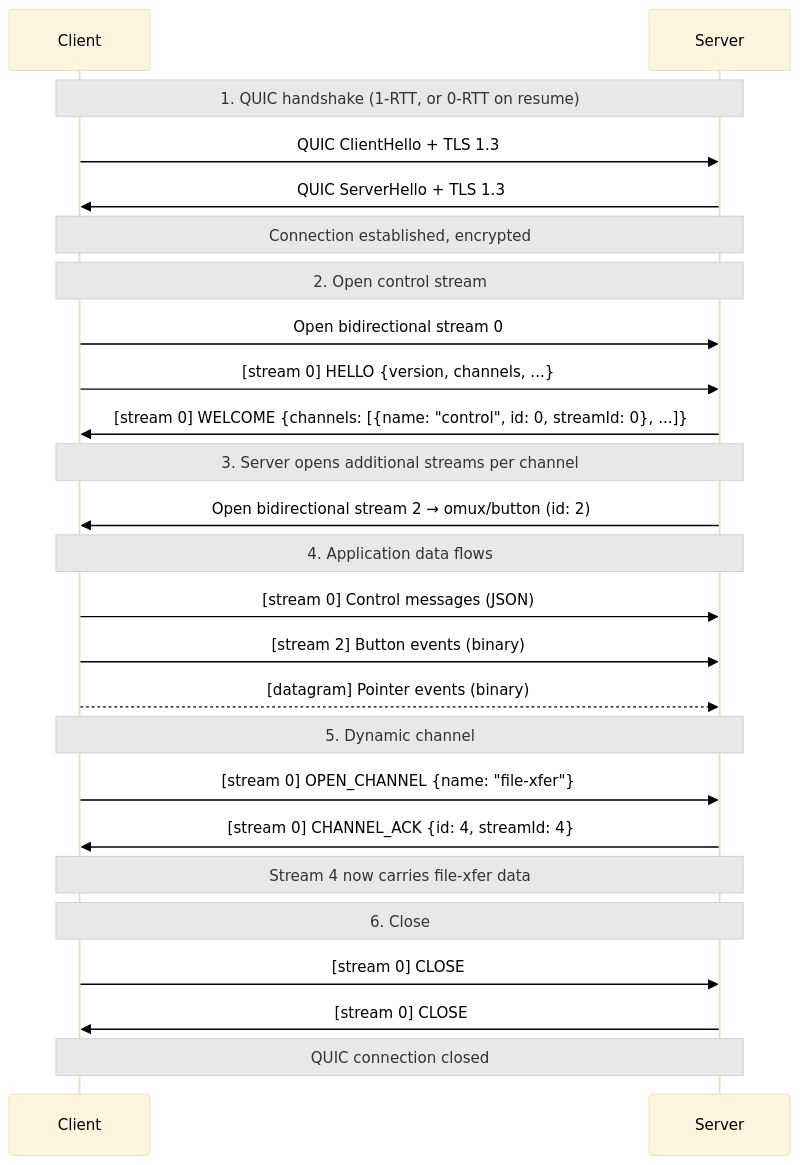
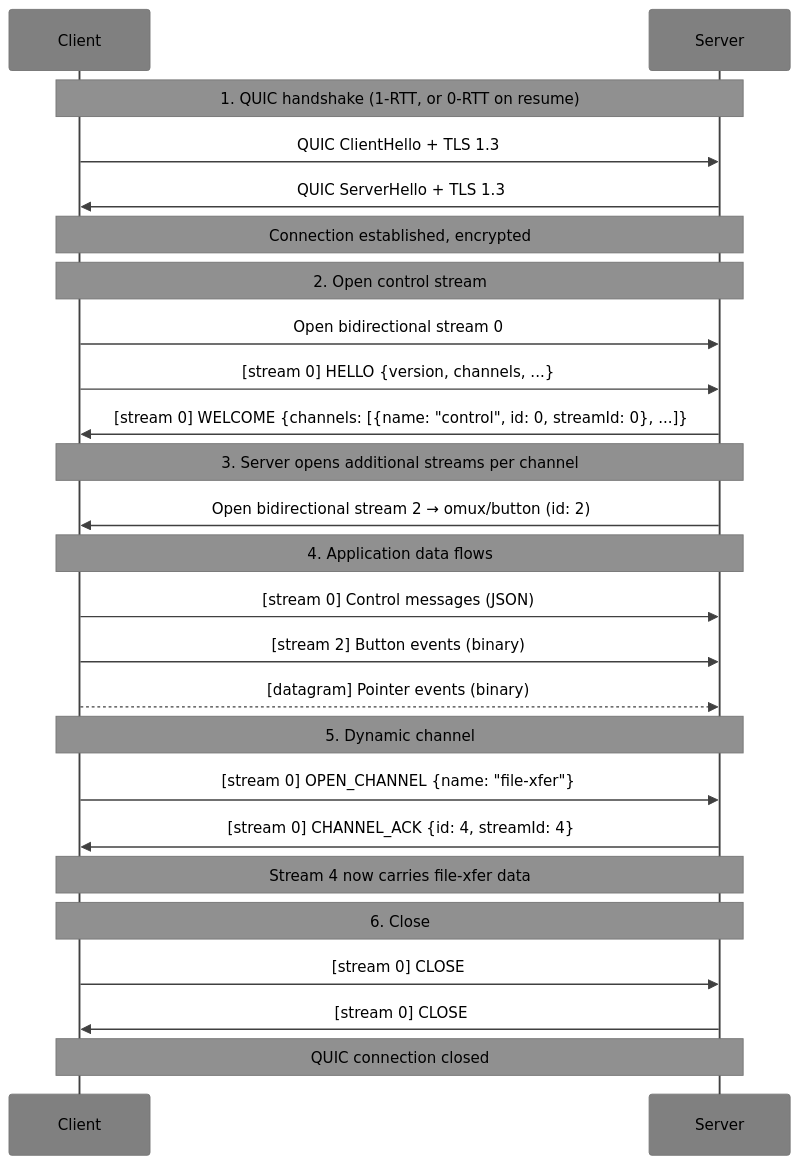
One commit to deftai/xumux changed the fifth of 11 diagrams in docs/xumux-on-quic.md. Above: the diagram before and after it, drawn with Mermaid. The commit also changed other lines of this file and 5 other files, not shown here.

Commit message:
docs: apply grayscale theme to all docs/ mermaid diagrams

````diff
--- a/docs/xumux-on-quic.md
+++ b/docs/xumux-on-quic.md
@@ -132,34 +132,34 @@
 ```mermaid
-%%{init: {'theme': 'base', 'themeVariables': {'primaryTextColor': '#000', 'lineColor': '#333', 'noteBkgColor': '#e8e8e8'}}}%%
+%%{init: {'theme': 'base', 'themeVariables': {'primaryTextColor': '#000000', 'secondaryTextColor': '#000000', 'tertiaryTextColor': '#000000', 'noteTextColor': '#000000', 'primaryColor': '#909090', 'secondaryColor': '#808080', 'tertiaryColor': '#707070', 'lineColor': '#404040', 'actorLineColor': '#404040', 'signalColor': '#404040', 'actorBkg': '#808080', 'actorTextColor': '#000000', 'noteBkgColor': '#909090'}}}%%
 sequenceDiagram
     participant C as Client
     participant S as Server
 
     Note over C,S: 1. QUIC handshake (1-RTT, or 0-RTT on resume)
     C->>S: QUIC ClientHello + TLS 1.3
     S->>C: QUIC ServerHello + TLS 1.3
     Note over C,S: Connection established, encrypted
 
     Note over C,S: 2. Open control stream
     C->>S: Open bidirectional stream 0
     C->>S: [stream 0] HELLO {version, channels, ...}
     S->>C: [stream 0] WELCOME {channels: [{name: "control", id: 0, streamId: 0}, ...]}
 
     Note over C,S: 3. Server opens additional streams per channel
     S->>C: Open bidirectional stream 2 → omux/button (id: 2)
 
     Note over C,S: 4. Application data flows
     C->>S: [stream 0] Control messages (JSON)
     C->>S: [stream 2] Button events (binary)
     C-->>S: [datagram] Pointer events (binary)
 
     Note over C,S: 5. Dynamic channel
     C->>S: [stream 0] OPEN_CHANNEL {name: "file-xfer"}
     S->>C: [stream 0] CHANNEL_ACK {id: 4, streamId: 4}
     Note over C,S: Stream 4 now carries file-xfer data
 
     Note over C,S: 6. Close
     C->>S: [stream 0] CLOSE
     S->>C: [stream 0] CLOSE
     Note over C,S: QUIC connection closed
 ```
````
